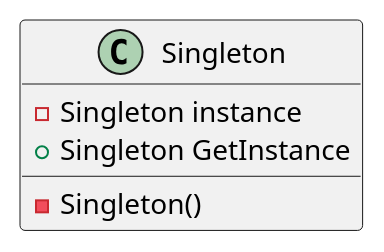
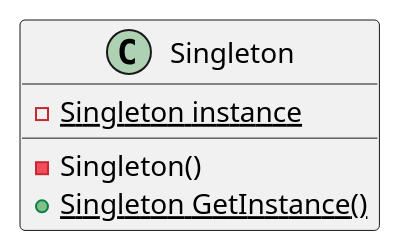
One commit to Projektanker/programming-guide changed the diagram in uml/singleton.puml. Above: the diagram before and after it, drawn with PlantUML. The commit also changed 1 other file, not shown here.

```diff
--- a/uml/singleton.puml
+++ b/uml/singleton.puml
@@ -1,8 +1,8 @@
 @startuml
 class Singleton 
 {
-    - Singleton instance
+    - {static} Singleton instance
     - Singleton()
-    + Singleton GetInstance
+    + {static} Singleton GetInstance()
 }
 @enduml
```
